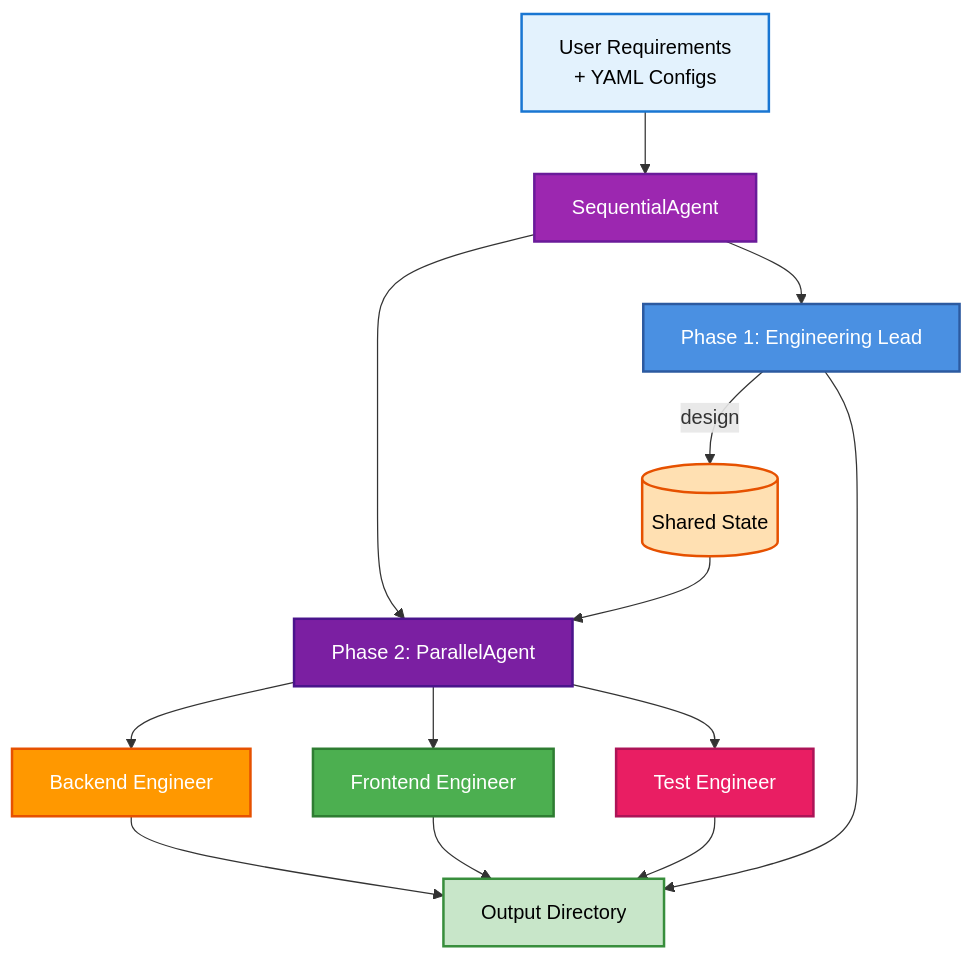
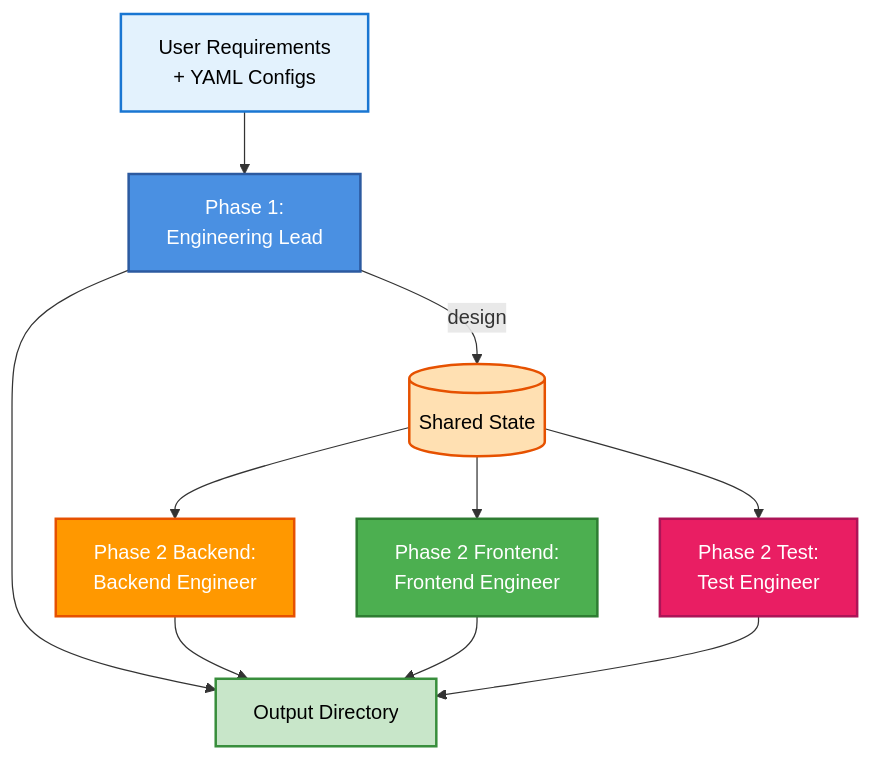
The first of 2 diagrams in README.md (hmunjuluri05/engineering-team), drawn with Mermaid before and after one commit. The commit also changed other lines of this file and 1 other file, not shown here.

````diff
--- a/README.md
+++ b/README.md
@@ -38,34 +38,28 @@
 ```mermaid
 graph TD
     %% Input
-    USER[User Requirements<br/>+ YAML Configs] --> SEQ[SequentialAgent]
+    USER[User Requirements<br/>+ YAML Configs] --> EL
 
-    %% Phase 1: Design
-    SEQ --> EL[Phase 1: Engineering Lead]
-    EL -->|design| STATE[(Shared State)]
+    %% Phase 1: Design (Sequential)
+    EL[Phase 1:<br/>Engineering Lead] -->|design| STATE[(Shared State)]
+    EL --> OUT[Output Directory]
 
-    %% Phase 2: Parallel Implementation
-    SEQ --> PAR[Phase 2: ParallelAgent]
-    STATE --> PAR
-
-    PAR --> BE[Backend Engineer]
-    PAR --> FE[Frontend Engineer]
-    PAR --> TE[Test Engineer]
+    %% Phase 2: Implementation (Parallel)
+    STATE --> BE[Phase 2 Backend:<br/>Backend Engineer]
+    STATE --> FE[Phase 2 Frontend:<br/>Frontend Engineer]
+    STATE --> TE[Phase 2 Test:<br/>Test Engineer]
 
     %% Output
-    BE --> OUT[Output Directory]
+    BE --> OUT
     FE --> OUT
     TE --> OUT
-    EL --> OUT
 
     %% Styling
     style USER fill:#E3F2FD,stroke:#1976D2,stroke-width:2px,color:#000
-    style SEQ fill:#9C27B0,stroke:#6A1B9A,stroke-width:2px,color:#fff
-    style PAR fill:#7B1FA2,stroke:#4A148C,stroke-width:2px,color:#fff
     style STATE fill:#FFE0B2,stroke:#E65100,stroke-width:2px,color:#000
     style EL fill:#4A90E2,stroke:#2C5AA0,stroke-width:2px,color:#fff
     style BE fill:#FF9800,stroke:#E65100,stroke-width:2px,color:#fff
     style FE fill:#4CAF50,stroke:#2E7D32,stroke-width:2px,color:#fff
     style TE fill:#E91E63,stroke:#AD1457,stroke-width:2px,color:#fff
     style OUT fill:#C8E6C9,stroke:#388E3C,stroke-width:2px,color:#000
 ```
````
